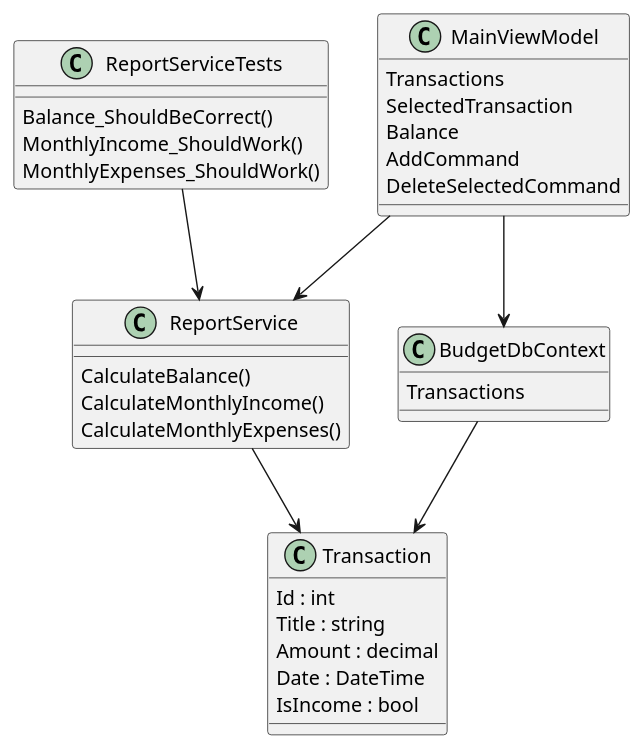
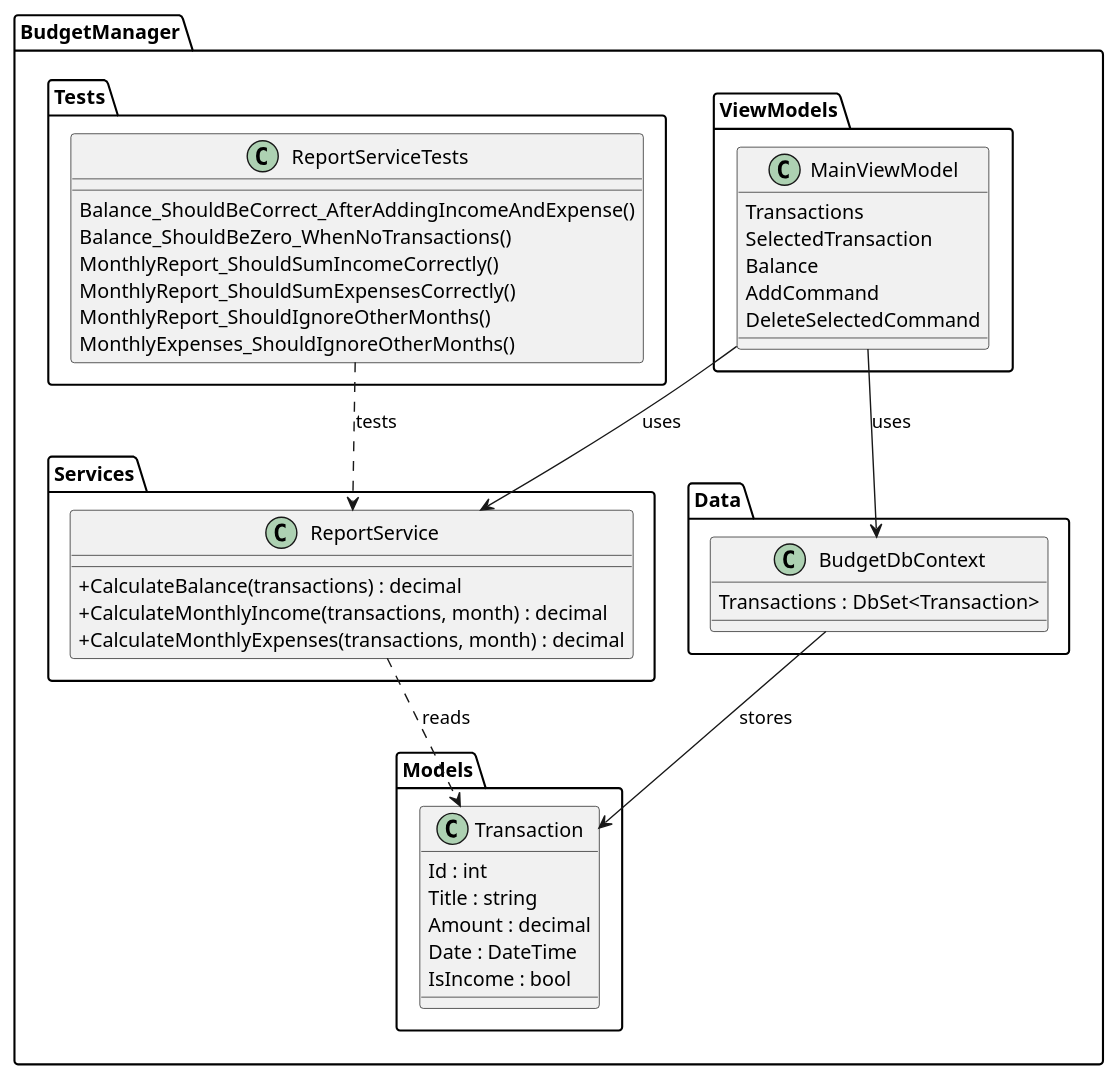
Before and after one commit to mila25-25/BudgetManager: the diagram in docs/uml/classdiagram.puml, drawn with PlantUML.

Commit message:
Refactor UML class diagram with packages

```diff
--- a/docs/uml/classdiagram.puml
+++ b/docs/uml/classdiagram.puml
@@ -1,42 +1,54 @@
 @startuml
 skinparam classAttributeIconSize 0
 
-class Transaction {
-  Id : int
-  Title : string
-  Amount : decimal
-  Date : DateTime
-  IsIncome : bool
+package "BudgetManager.Models" {
+  class Transaction {
+    Id : int
+    Title : string
+    Amount : decimal
+    Date : DateTime
+    IsIncome : bool
+  }
 }
 
-class ReportService {
-  CalculateBalance()
-  CalculateMonthlyIncome()
-  CalculateMonthlyExpenses()
+package "BudgetManager.Data" {
+  class BudgetDbContext {
+    Transactions : DbSet<Transaction>
+  }
 }
 
-class MainViewModel {
-  Transactions
-  SelectedTransaction
-  Balance
-  AddCommand
-  DeleteSelectedCommand
+package "BudgetManager.Services" {
+  class ReportService {
+    +CalculateBalance(transactions) : decimal
+    +CalculateMonthlyIncome(transactions, month) : decimal
+    +CalculateMonthlyExpenses(transactions, month) : decimal
+  }
 }
 
-class BudgetDbContext {
-  Transactions
+package "BudgetManager.ViewModels" {
+  class MainViewModel {
+    Transactions
+    SelectedTransaction
+    Balance
+    AddCommand
+    DeleteSelectedCommand
+  }
 }
 
-class ReportServiceTests {
-  Balance_ShouldBeCorrect()
-  MonthlyIncome_ShouldWork()
-  MonthlyExpenses_ShouldWork()
+package "BudgetManager.Tests" {
+  class ReportServiceTests {
+    Balance_ShouldBeCorrect_AfterAddingIncomeAndExpense()
+    Balance_ShouldBeZero_WhenNoTransactions()
+    MonthlyReport_ShouldSumIncomeCorrectly()
+    MonthlyReport_ShouldSumExpensesCorrectly()
+    MonthlyReport_ShouldIgnoreOtherMonths()
+    MonthlyExpenses_ShouldIgnoreOtherMonths()
+  }
 }
 
-MainViewModel --> ReportService
-MainViewModel --> BudgetDbContext
-BudgetDbContext --> Transaction
-ReportService --> Transaction
-ReportServiceTests --> ReportService
-
+MainViewModel --> BudgetDbContext : uses
+MainViewModel --> ReportService : uses
+BudgetDbContext --> Transaction : stores
+ReportService ..> Transaction : reads
+ReportServiceTests ..> ReportService : tests
 @enduml
```
